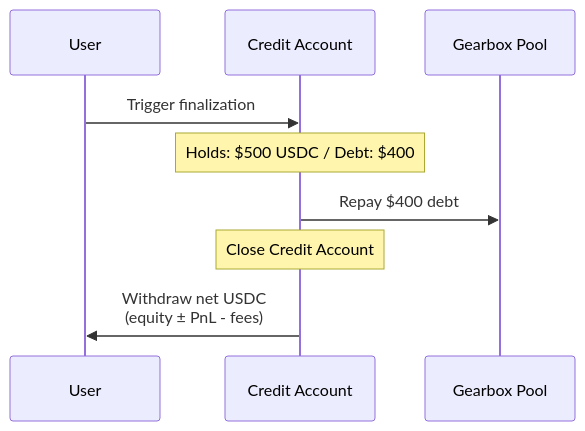
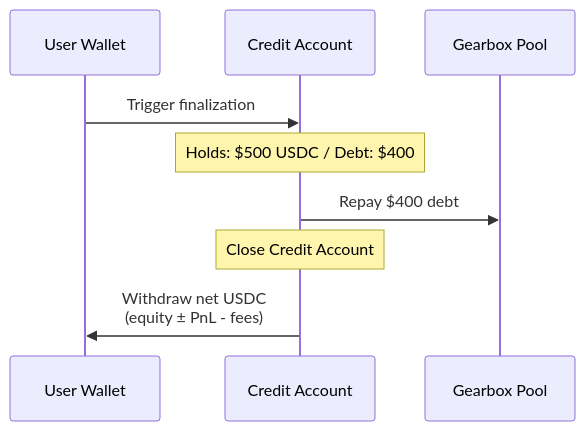
The ninth of 10 diagrams in reference/usecase-faster-rwa-settlement-with-leverage.md (Gearbox-protocol/docs-knowledge), drawn with Mermaid before and after one commit. The commit also changed other lines of this file, not shown here.

First line of the commit message:
docs: redesign Phase 1/4 diagrams to contract-level participants

````diff
--- a/reference/usecase-faster-rwa-settlement-with-leverage.md
+++ b/reference/usecase-faster-rwa-settlement-with-leverage.md
@@ -373,12 +334,12 @@
 ```mermaid
 sequenceDiagram
-    participant U as User
+    participant W as User Wallet
     participant CA as Credit Account
     participant GP as Gearbox Pool
 
-    U->>CA: Trigger finalization
+    W->>CA: Trigger finalization
     Note over CA: Holds: $500 USDC / Debt: $400
     CA->>GP: Repay $400 debt
     Note over CA: Close Credit Account
-    CA->>U: Withdraw net USDC<br/>(equity ± PnL - fees)
+    CA->>W: Withdraw net USDC<br/>(equity ± PnL - fees)
 ```
````
